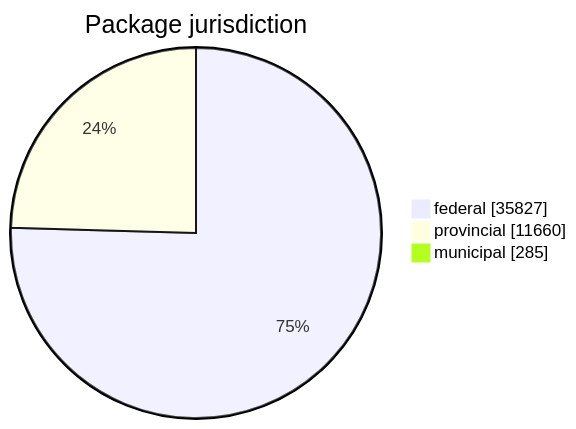
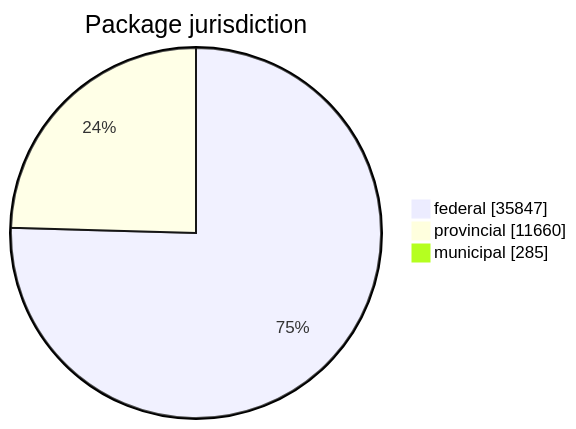
Before and after one commit to open-data/analytics-corporate-reporting: the first of 5 diagrams in FreshCheck/README.md, drawn with Mermaid. The commit also changed other lines of this file and 3 other files, not shown here.

````diff
--- a/FreshCheck/README.md
+++ b/FreshCheck/README.md
@@ -60,6 +60,6 @@
 ```mermaid
 pie showData title Package jurisdiction
-    "federal": 35827
+    "federal": 35847
     "provincial": 11660
     "municipal": 285
 ```
````
